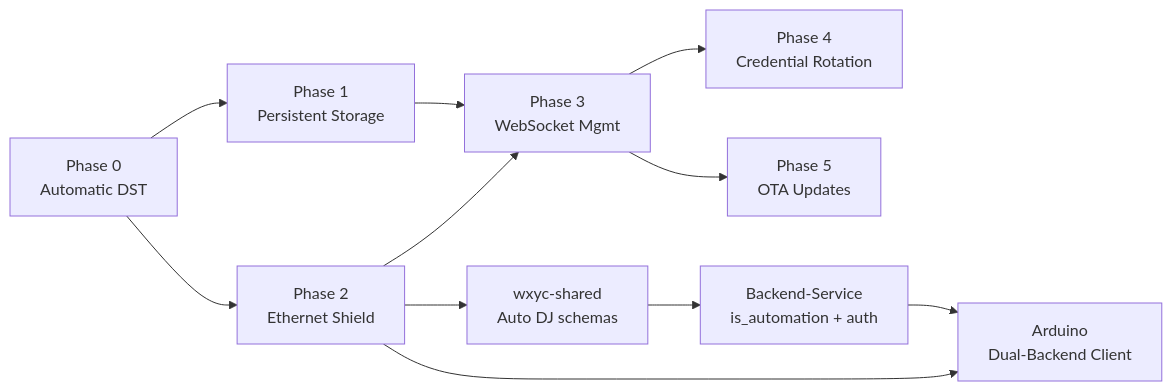
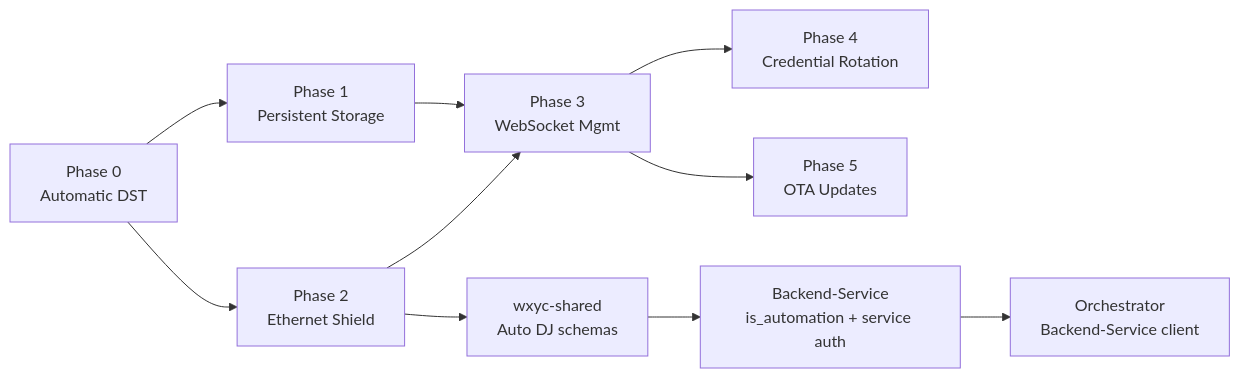
One commit to WXYC/auto-dj-arduino-switch changed diagram 16 of 16 in docs/networking-spec.md. Above: the diagram before and after it, drawn with Mermaid. The commit also changed other lines of this file, not shown here.

````diff
--- a/docs/networking-spec.md
+++ b/docs/networking-spec.md
@@ -2586,13 +2486,12 @@
 ```mermaid
 flowchart LR
     P0["Phase 0<br>Automatic DST"] --> P1["Phase 1<br>Persistent Storage"]
     P0 --> P2["Phase 2<br>Ethernet Shield"]
     P1 --> P3["Phase 3<br>WebSocket Mgmt"]
     P2 --> P3
     P2 --> WS["wxyc-shared<br>Auto DJ schemas"]
-    WS --> BS["Backend-Service<br>is_automation + auth"]
-    P2 --> DB["Arduino<br>Dual-Backend Client"]
-    BS --> DB
+    WS --> BS["Backend-Service<br>is_automation + service auth"]
+    BS --> ORCH["Orchestrator<br>Backend-Service client"]
     P3 --> P4["Phase 4<br>Credential Rotation"]
     P3 --> P5["Phase 5<br>OTA Updates"]
 ```
````
